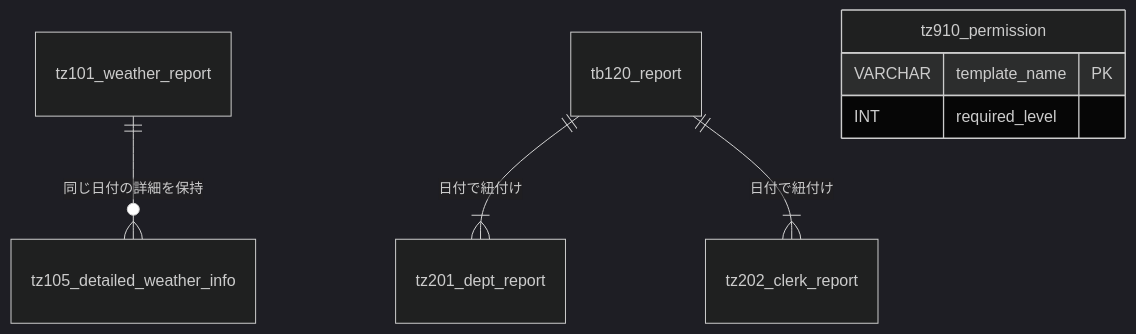
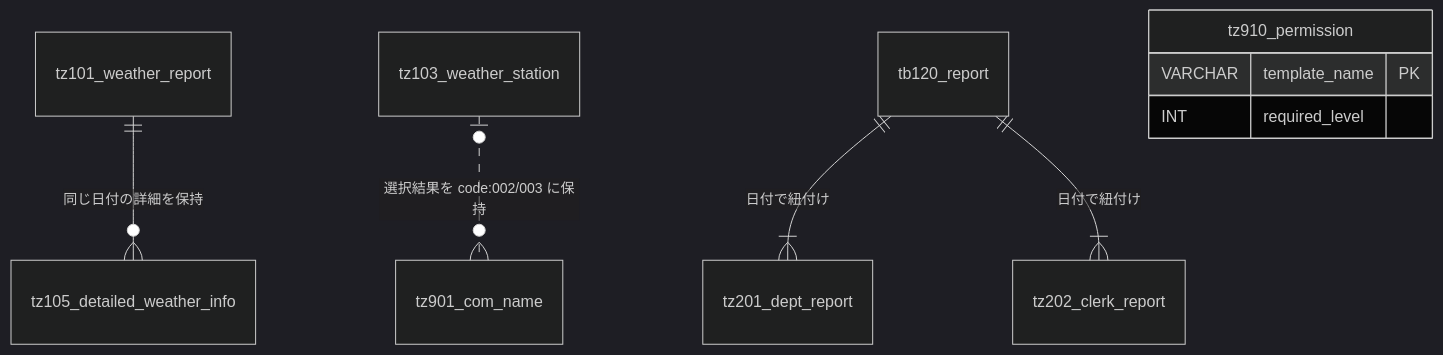
One commit to air-terminal/gfdash changed the diagram in docs/db_schema_tz.md. Above: the diagram before and after it, drawn with Mermaid (dark theme). The commit also changed other lines of this file and 19 other files, not shown here.

````diff
--- a/docs/db_schema_tz.md
+++ b/docs/db_schema_tz.md
@@ -21,12 +22,13 @@
 ```mermaid
 erDiagram
     tz101_weather_report ||--o{ tz105_detailed_weather_info : "同じ日付の詳細を保持"
+    tz103_weather_station |o..o{ tz901_com_name : "選択結果を code:002/003 に保持"
     
     tb120_report ||--|{ tz201_dept_report : "日付で紐付け"
     tb120_report ||--|{ tz202_clerk_report : "日付で紐付け"
 
     tz910_permission {
         VARCHAR template_name PK
         INT required_level
     }
 ```
````
